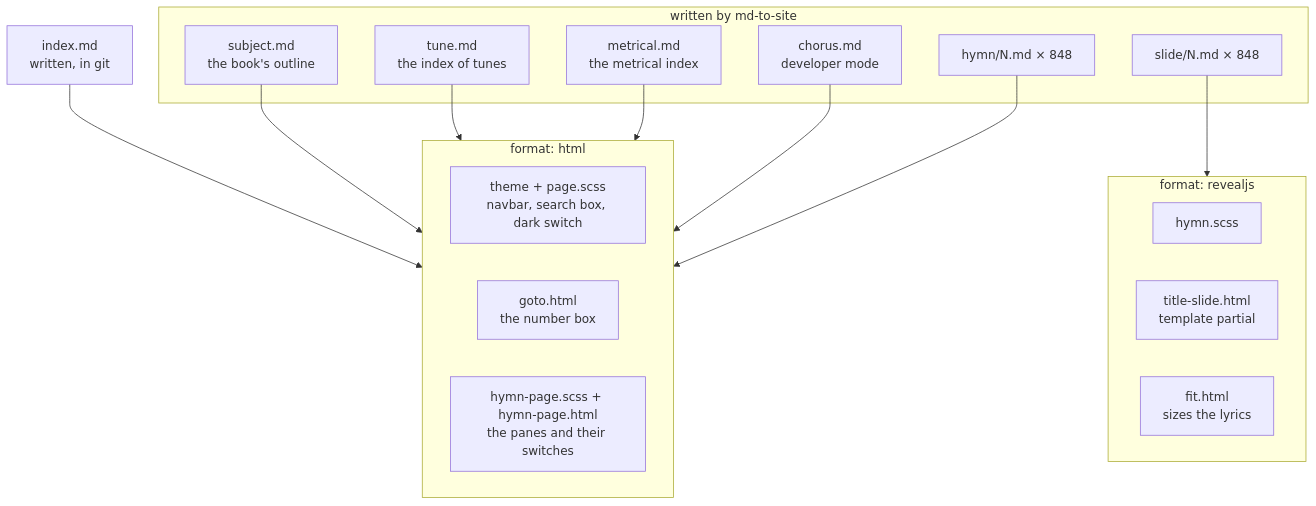
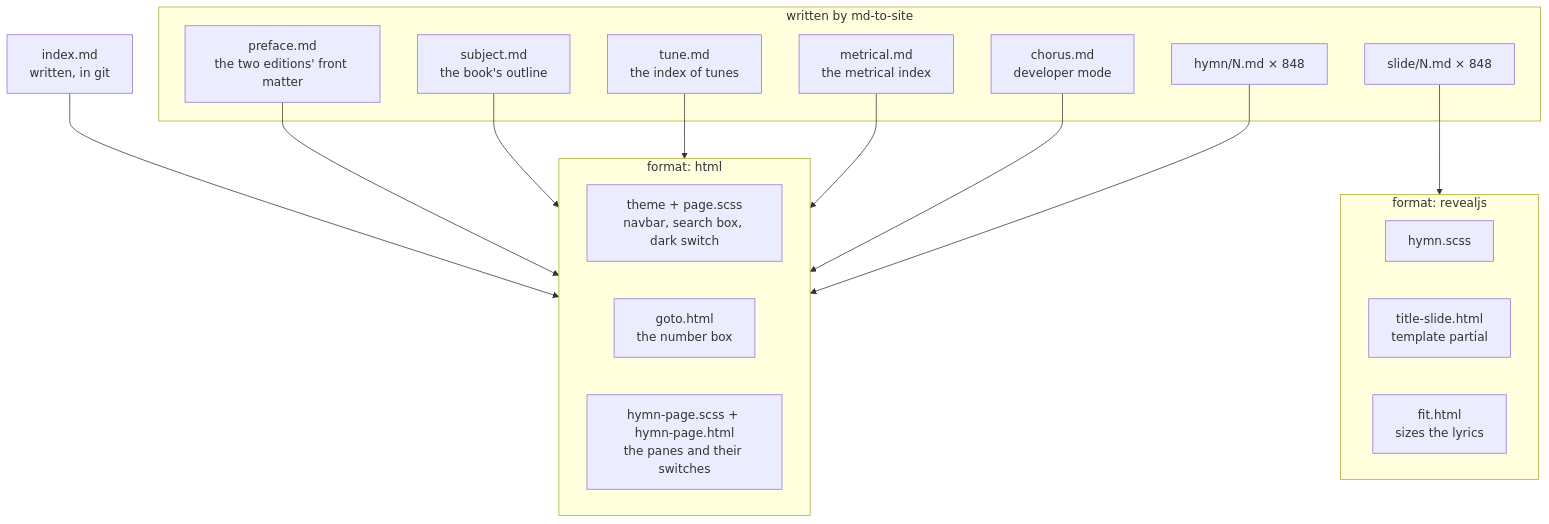
One commit to ickc/selected-hymns-and-songs changed the second of 3 diagrams in DEVELOPER.md. Above: the diagram before and after it, drawn with Mermaid. The commit also changed other lines of this file and 8 other files, not shown here.

````diff
--- a/DEVELOPER.md
+++ b/DEVELOPER.md
@@ -569,33 +580,35 @@
 ```mermaid
 flowchart TD
   idx["index.md<br/>written, in git"]
 
   subgraph gen["written by md-to-site"]
+    prf["preface.md<br/>the two editions' front matter"]
     sub["subject.md<br/>the book's outline"]
     tun["tune.md<br/>the index of tunes"]
     met["metrical.md<br/>the metrical index"]
     chr["chorus.md<br/>developer mode"]
     dck["slide/N.md × 848"]
     pge["hymn/N.md × 848"]
   end
 
   subgraph fmt_html["format: html"]
     theme["theme + page.scss<br/>navbar, search box, dark switch"]
     goto["goto.html<br/>the number box"]
     hpg["hymn-page.scss + hymn-page.html<br/>the panes and their switches"]
   end
 
   subgraph fmt_reveal["format: revealjs"]
     scss["hymn.scss"]
     tsl["title-slide.html<br/>template partial"]
     fit["fit.html<br/>sizes the lyrics"]
   end
 
   idx --> fmt_html
+  prf --> fmt_html
   sub --> fmt_html
   tun --> fmt_html
   met --> fmt_html
   chr --> fmt_html
   pge --> fmt_html
   dck --> fmt_reveal
 ```
````
